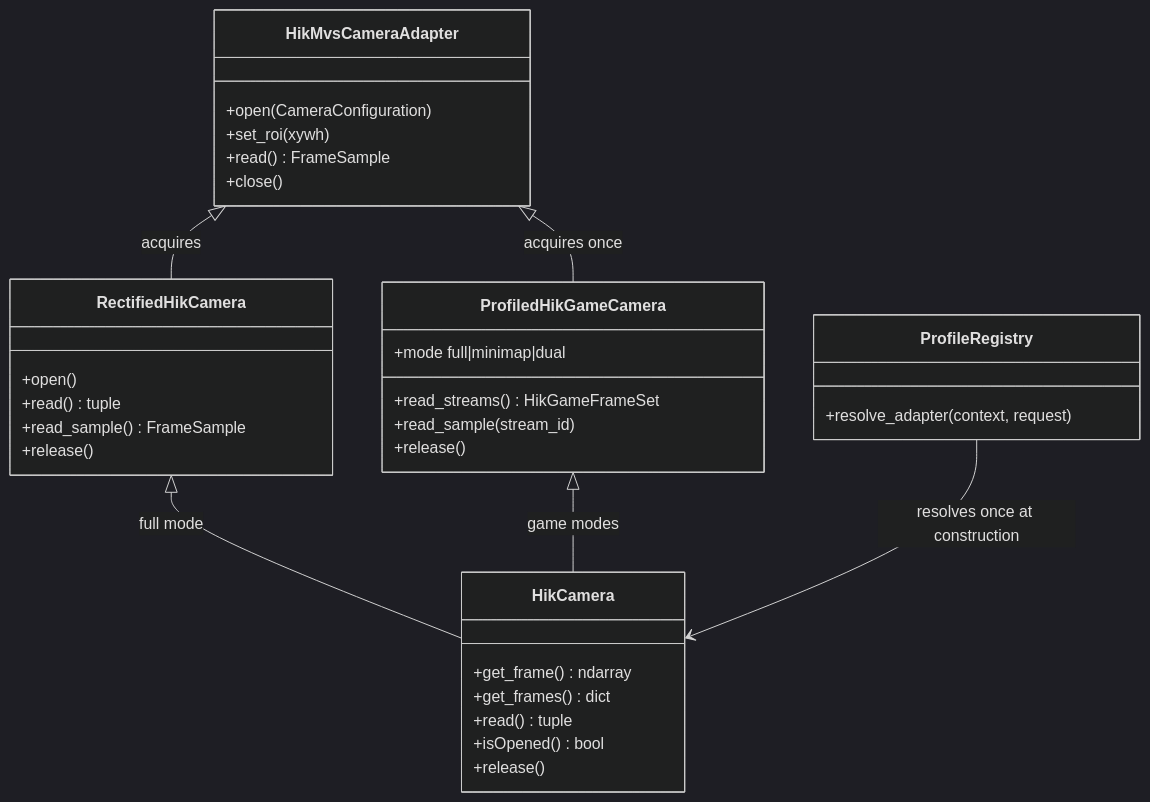
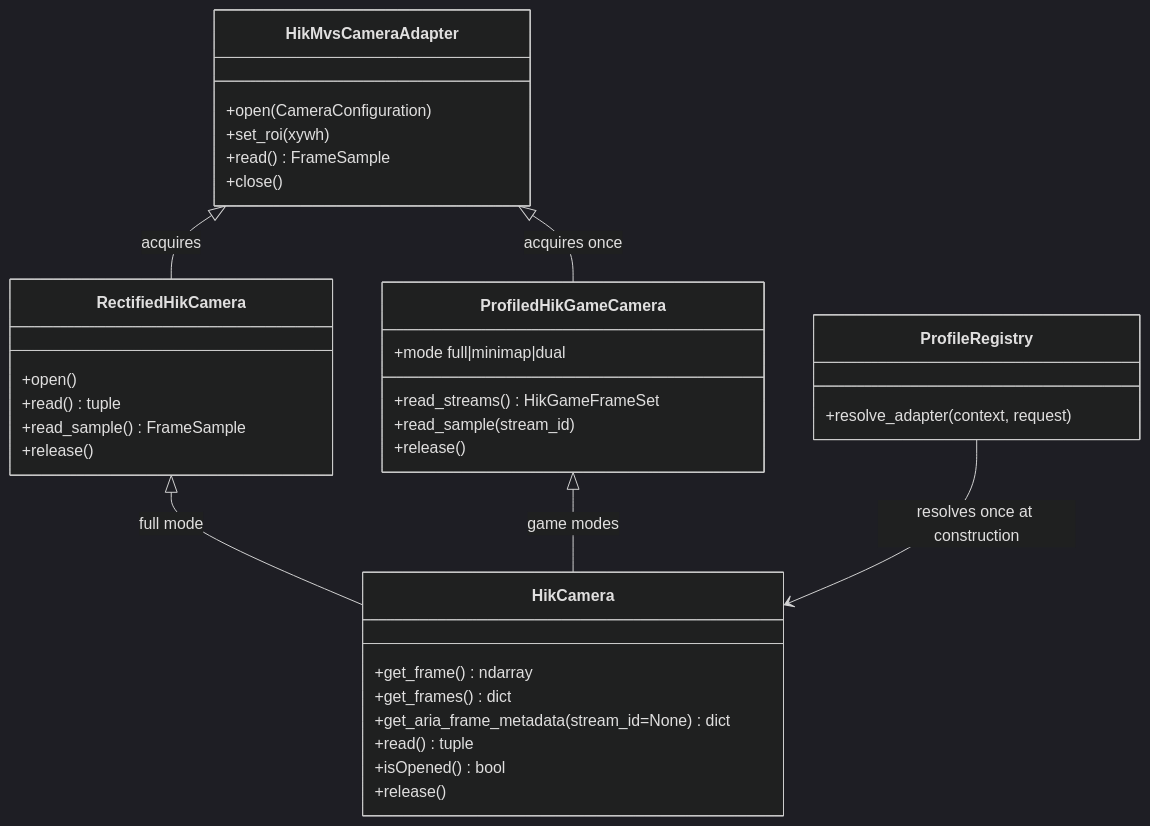
Before and after one commit to poi890poi/aria-trace: the third of 4 diagrams in docs/standalone-release/ARCHITECTURE.md, drawn with Mermaid (dark theme). The commit also changed 14 other files, not shown here.

````diff
--- a/docs/standalone-release/ARCHITECTURE.md
+++ b/docs/standalone-release/ARCHITECTURE.md
@@ -57,37 +57,38 @@
 ```mermaid
 classDiagram
     class HikMvsCameraAdapter {
       +open(CameraConfiguration)
       +set_roi(xywh)
       +read() FrameSample
       +close()
     }
     class RectifiedHikCamera {
       +open()
       +read() tuple
       +read_sample() FrameSample
       +release()
     }
     class ProfiledHikGameCamera {
       +mode full|minimap|dual
       +read_streams() HikGameFrameSet
       +read_sample(stream_id)
       +release()
     }
     class HikCamera {
       +get_frame() ndarray
       +get_frames() dict
+      +get_aria_frame_metadata(stream_id=None) dict
       +read() tuple
       +isOpened() bool
       +release()
     }
     class ProfileRegistry {
       +resolve_adapter(context, request)
     }
 
     HikMvsCameraAdapter <|-- RectifiedHikCamera : acquires
     HikMvsCameraAdapter <|-- ProfiledHikGameCamera : acquires once
     RectifiedHikCamera <|-- HikCamera : full mode
     ProfiledHikGameCamera <|-- HikCamera : game modes
     ProfileRegistry --> HikCamera : resolves once at construction
 ```
````
